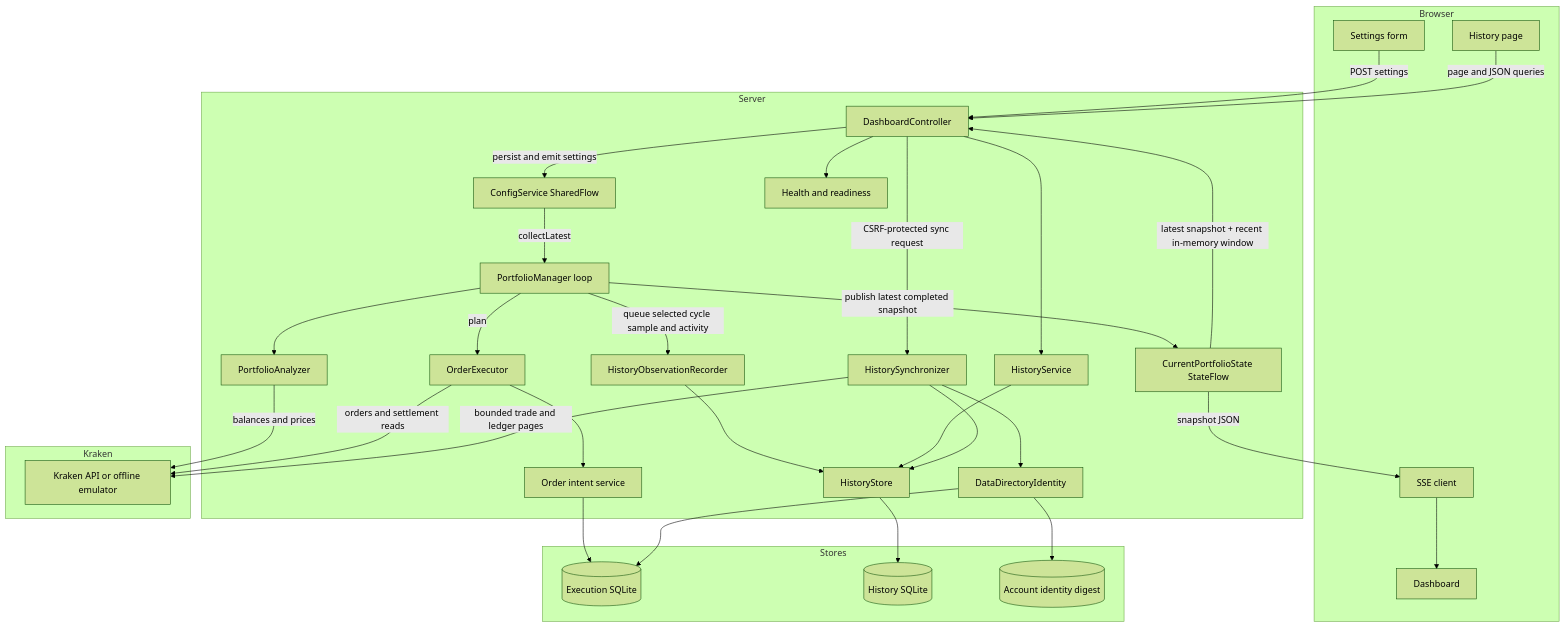
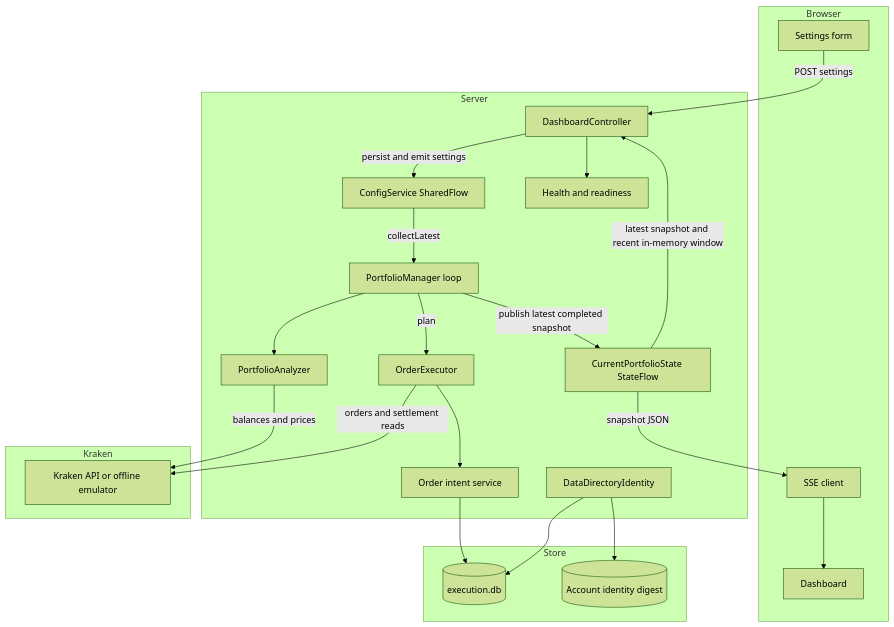
The first of 3 diagrams in docs/FLOWS.md (HyperVon/new-kraken-rebalancer), drawn with Mermaid (forest theme) before and after one commit. The commit also changed other lines of this file and 232 other files, not shown here.

````diff
--- a/docs/FLOWS.md
+++ b/docs/FLOWS.md
@@ -18,62 +16,46 @@
 ```mermaid
 flowchart TB
     subgraph Browser
         Settings[Settings form]
         Dashboard[Dashboard]
         SSE[SSE client]
-        History[History page]
     end
 
     subgraph Server
         Controller[DashboardController]
         Config[ConfigService SharedFlow]
         Manager[PortfolioManager loop]
         Analyzer[PortfolioAnalyzer]
         Executor[OrderExecutor]
         Current[CurrentPortfolioState StateFlow]
-        Recorder[HistoryObservationRecorder]
-        Synchronizer[HistorySynchronizer]
-        HistoryService[HistoryService]
-        HistoryStore[HistoryStore]
         OrderIntent[Order intent service]
         Identity[DataDirectoryIdentity]
         Health[Health and readiness]
     end
 
     subgraph Kraken
         Exchange[Kraken API or offline emulator]
     end
 
-    subgraph Stores
-        ExecutionDB[(Execution SQLite)]
-        HistoryDB[(History SQLite)]
+    subgraph Store
+        ExecutionDB[(execution.db)]
         IdentityFile[(Account identity digest)]
     end
 
     Settings -->|POST settings| Controller
     Controller -->|persist and emit settings| Config
     Config -->|collectLatest| Manager
     Manager --> Analyzer
     Analyzer -->|balances and prices| Exchange
     Manager -->|plan| Executor
     Executor -->|orders and settlement reads| Exchange
     Executor --> OrderIntent
     OrderIntent --> ExecutionDB
-    Manager -->|queue selected cycle sample and activity| Recorder
-    Recorder --> HistoryStore
-    HistoryService --> HistoryStore
-    HistoryStore --> HistoryDB
-    History -->|page and JSON queries| Controller
-    Controller --> HistoryService
-    Controller -->|CSRF-protected sync request| Synchronizer
-    Synchronizer -->|bounded trade and ledger pages| Exchange
-    Synchronizer --> HistoryStore
-    Synchronizer --> Identity
-    Identity --> IdentityFile
     Manager -->|publish latest completed snapshot| Current
-    Current -->|latest snapshot + recent in-memory window| Controller
+    Current -->|latest snapshot and recent in-memory window| Controller
     Current -->|snapshot JSON| SSE
     SSE --> Dashboard
     Controller --> Health
     Identity --> ExecutionDB
+    Identity --> IdentityFile
 ```
````
